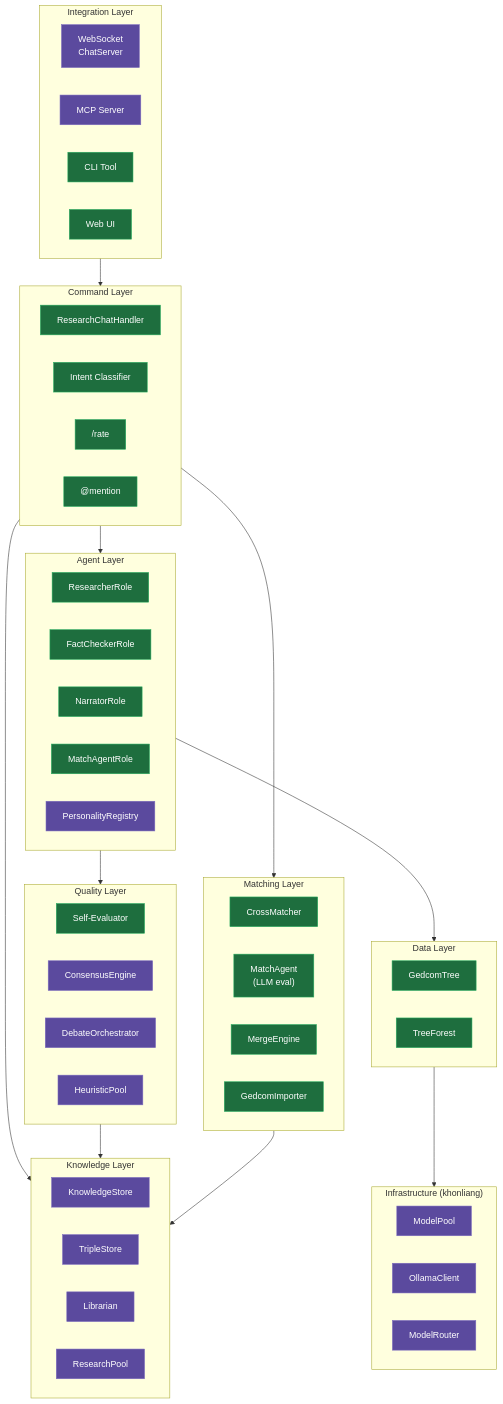
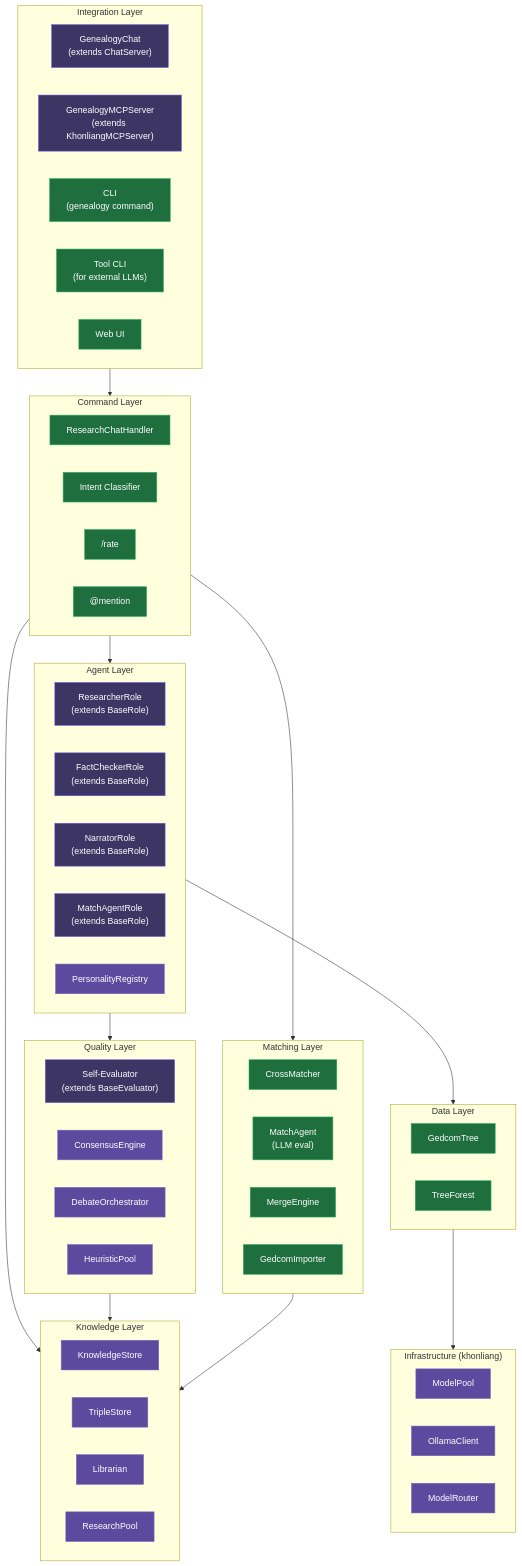
Before and after one commit to tolldog/khonliang-genealogy-example: the first of 3 diagrams in docs/architecture.md, drawn with Mermaid. The commit also changed other lines of this file and 1 other file, not shown here.

Commit message:
Add mixed/extension color to diagrams, fix CLI labeling
- Three-color scheme: purple (khonliang), green (genealogy), indigo (extends base class)
- Extension points now visible: GenealogyChat, GenealogyMCPServer, all roles, evaluator
- Fix CLI labeling: cli.py is the user-facing command, tool.py is for external LLMs

````diff
--- a/docs/architecture.md
+++ b/docs/architecture.md
@@ -11,68 +11,70 @@
 ```mermaid
 flowchart TB
     subgraph Integration["Integration Layer"]
-        WS["WebSocket\nChatServer"]:::purple
-        MCPs["MCP Server"]:::purple
-        CLI["CLI Tool"]:::green
+        WS["GenealogyChat\n(extends ChatServer)"]:::mixed
+        MCPs["GenealogyMCPServer\n(extends KhonliangMCPServer)"]:::mixed
+        CLI["CLI\n(genealogy command)"]:::green
+        ToolCLI["Tool CLI\n(for external LLMs)"]:::green
         WebUI["Web UI"]:::green
     end
 
     subgraph Command["Command Layer"]
         Handler["ResearchChatHandler"]:::green
         Intent["Intent Classifier"]:::green
         RateCmd["/rate"]:::green
         MentionCmd["@mention"]:::green
     end
 
     subgraph Agent["Agent Layer"]
-        Researcher["ResearcherRole"]:::green
-        FactChecker["FactCheckerRole"]:::green
-        NarratorA["NarratorRole"]:::green
-        MatchAgentA["MatchAgentRole"]:::green
+        Researcher["ResearcherRole\n(extends BaseRole)"]:::mixed
+        FactChecker["FactCheckerRole\n(extends BaseRole)"]:::mixed
+        NarratorA["NarratorRole\n(extends BaseRole)"]:::mixed
+        MatchAgentA["MatchAgentRole\n(extends BaseRole)"]:::mixed
         Pers["PersonalityRegistry"]:::purple
     end
 
     subgraph QualityLayer["Quality Layer"]
-        SelfEval["Self-Evaluator"]:::green
+        SelfEval["Self-Evaluator\n(extends BaseEvaluator)"]:::mixed
         ConsensusA["ConsensusEngine"]:::purple
         DebateA["DebateOrchestrator"]:::purple
         HeuristicA["HeuristicPool"]:::purple
     end
 
     subgraph MatchingLayer["Matching Layer"]
         CrossMatcherA["CrossMatcher"]:::green
         MatchAgentB["MatchAgent\n(LLM eval)"]:::green
         MergeA["MergeEngine"]:::green
         ImporterA["GedcomImporter"]:::green
     end
 
     subgraph KnowledgeLayer["Knowledge Layer"]
         KS["KnowledgeStore"]:::purple
         TSA["TripleStore"]:::purple
         Lib["Librarian"]:::purple
         ResearchA["ResearchPool"]:::purple
     end
 
     subgraph DataLayer["Data Layer"]
         GedcomA["GedcomTree"]:::green
         ForestA["TreeForest"]:::green
     end
 
     subgraph Infra["Infrastructure (khonliang)"]
         Pool["ModelPool"]:::purple
         Client["OllamaClient"]:::purple
         RouterA["ModelRouter"]:::purple
     end
 
     Integration --> Command --> Agent
     Agent --> QualityLayer
     Command --> MatchingLayer
     Command --> KnowledgeLayer
     QualityLayer --> KnowledgeLayer
     MatchingLayer --> KnowledgeLayer
     Agent --> DataLayer
     DataLayer --> Infra
 
     classDef purple fill:#5b4a9e,stroke:#7c6bbf,color:#fff
     classDef green fill:#1e6e3e,stroke:#27ae60,color:#fff
+    classDef mixed fill:#3d3563,stroke:#6C5CE7,color:#fff
 ```
````
